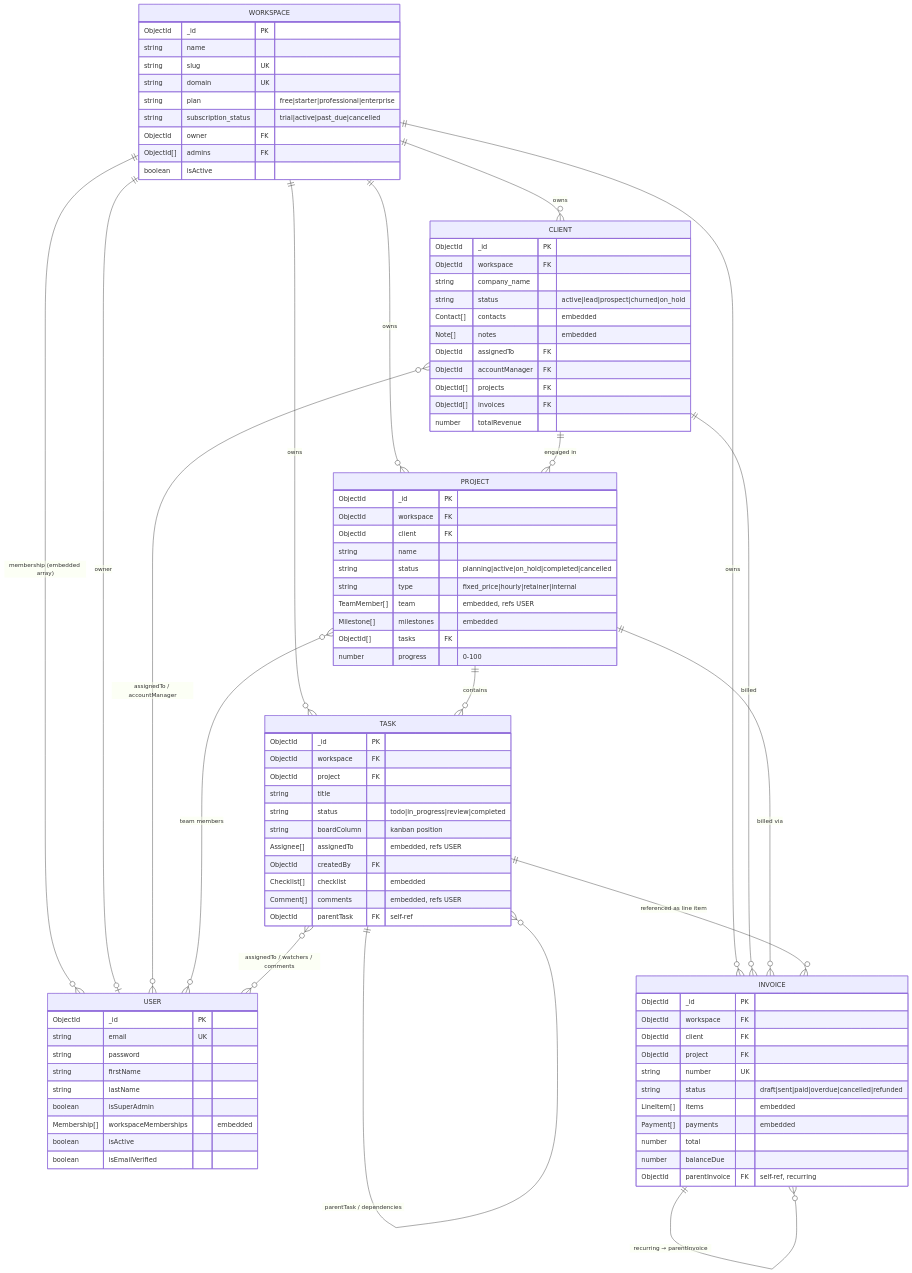
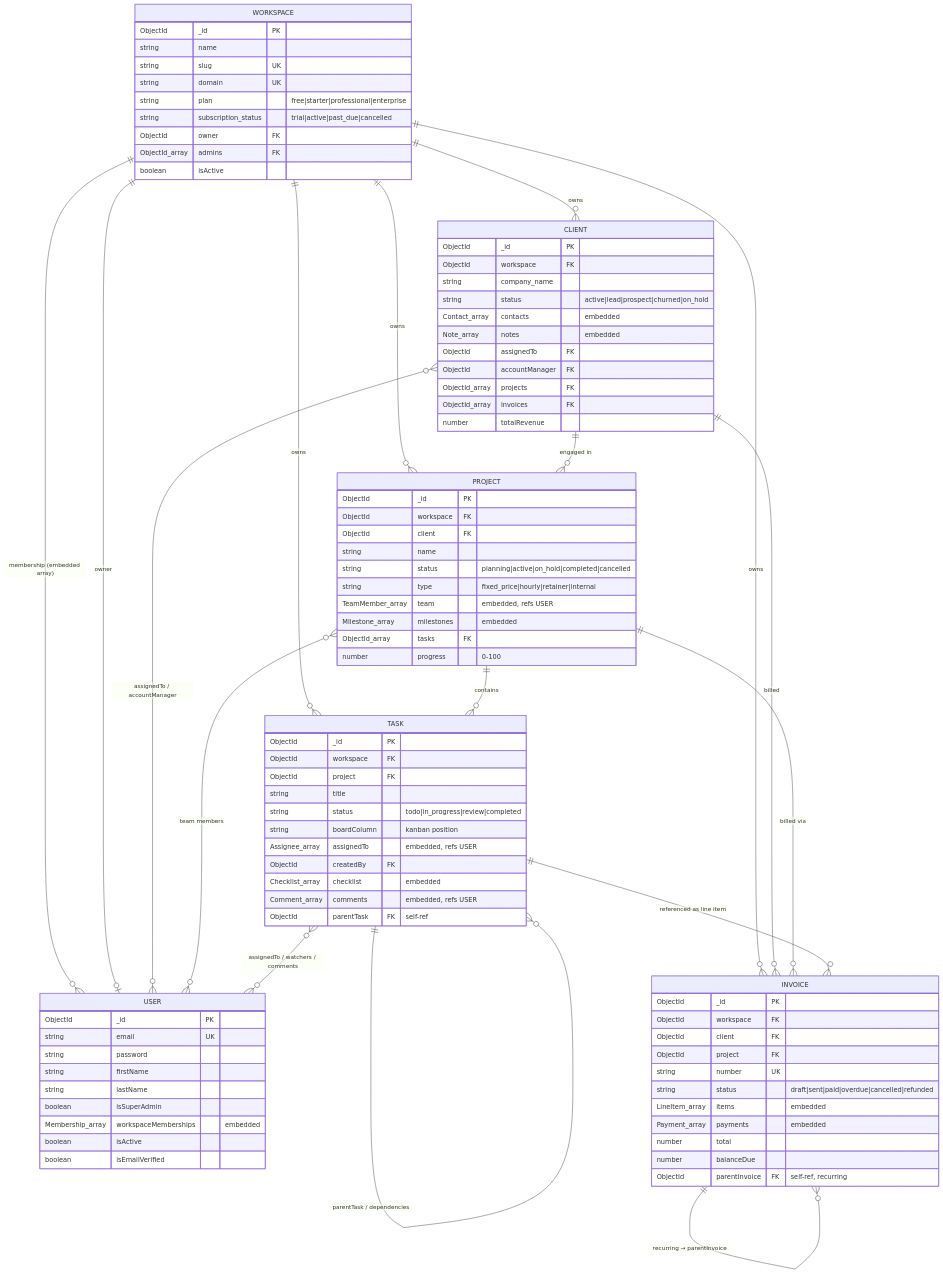
One commit to Muzammil-khan-uni/Multi-Tenant-SaaS-CRM-and-Project-Management-Platform changed the first of 3 diagrams in DATABASE_ER_DIAGRAM.md. Above: the diagram before and after it, drawn with Mermaid. The commit also changed other lines of this file, not shown here.

Commit message:
ER diagram

```diff
--- a/DATABASE_ER_DIAGRAM.md
+++ b/DATABASE_ER_DIAGRAM.md
@@ -55,7 +55,7 @@
         string plan "free|starter|professional|enterprise"
         string subscription_status "trial|active|past_due|cancelled"
         ObjectId owner FK
-        ObjectId[] admins FK
+        ObjectId_array admins FK
         boolean isActive
     }
 
@@ -66,7 +66,7 @@
         string firstName
         string lastName
         boolean isSuperAdmin
-        Membership[] workspaceMemberships "embedded"
+        Membership_array workspaceMemberships "embedded"
         boolean isActive
         boolean isEmailVerified
     }
@@ -76,12 +76,12 @@
         ObjectId workspace FK
         string company_name
         string status "active|lead|prospect|churned|on_hold"
-        Contact[] contacts "embedded"
-        Note[] notes "embedded"
+        Contact_array contacts "embedded"
+        Note_array notes "embedded"
         ObjectId assignedTo FK
         ObjectId accountManager FK
-        ObjectId[] projects FK
-        ObjectId[] invoices FK
+        ObjectId_array projects FK
+        ObjectId_array invoices FK
         number totalRevenue
     }
 
@@ -92,9 +92,9 @@
         string name
         string status "planning|active|on_hold|completed|cancelled"
         string type "fixed_price|hourly|retainer|internal"
-        TeamMember[] team "embedded, refs USER"
-        Milestone[] milestones "embedded"
-        ObjectId[] tasks FK
+        TeamMember_array team "embedded, refs USER"
+        Milestone_array milestones "embedded"
+        ObjectId_array tasks FK
         number progress "0-100"
     }
 
@@ -105,10 +105,10 @@
         string title
         string status "todo|in_progress|review|completed"
         string boardColumn "kanban position"
-        Assignee[] assignedTo "embedded, refs USER"
+        Assignee_array assignedTo "embedded, refs USER"
         ObjectId createdBy FK
-        Checklist[] checklist "embedded"
-        Comment[] comments "embedded, refs USER"
+        Checklist_array checklist "embedded"
+        Comment_array comments "embedded, refs USER"
         ObjectId parentTask FK "self-ref"
     }
 
@@ -119,8 +119,8 @@
         ObjectId project FK
         string number UK
         string status "draft|sent|paid|overdue|cancelled|refunded"
-        LineItem[] items "embedded"
-        Payment[] payments "embedded"
+        LineItem_array items "embedded"
+        Payment_array payments "embedded"
         number total
         number balanceDue
         ObjectId parentInvoice FK "self-ref, recurring"
```
